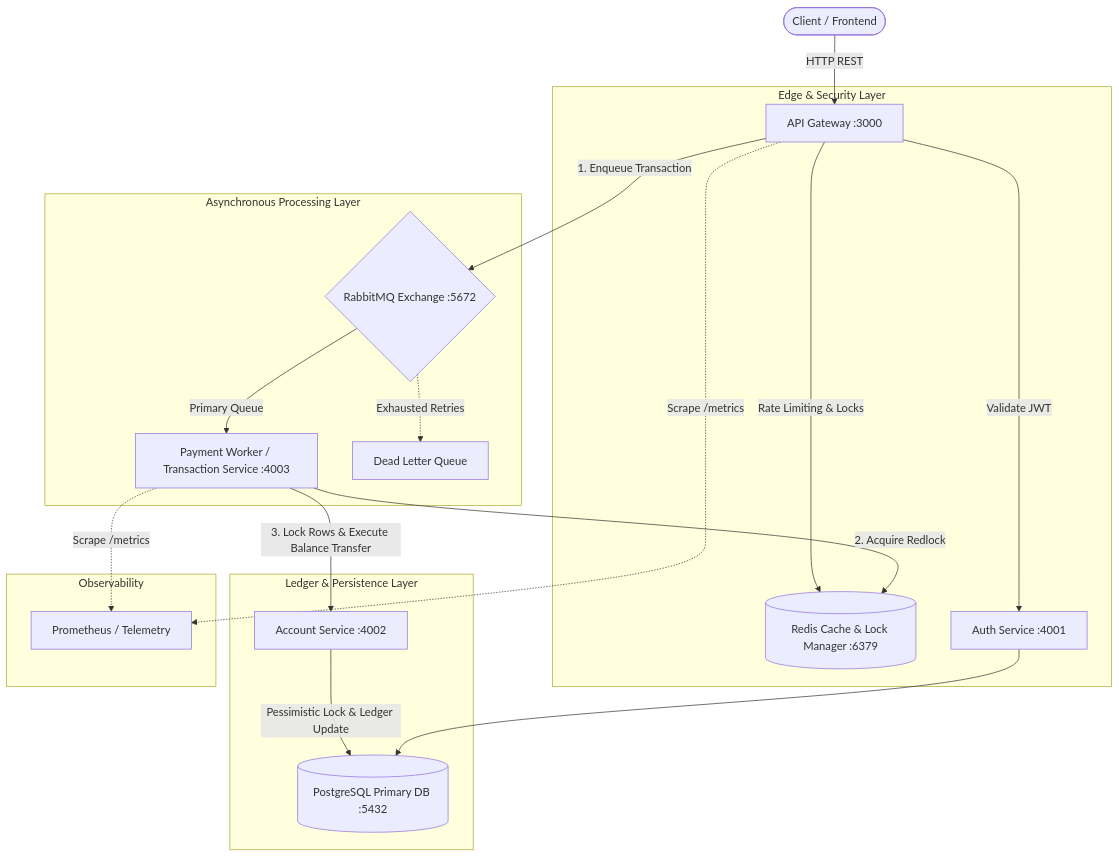
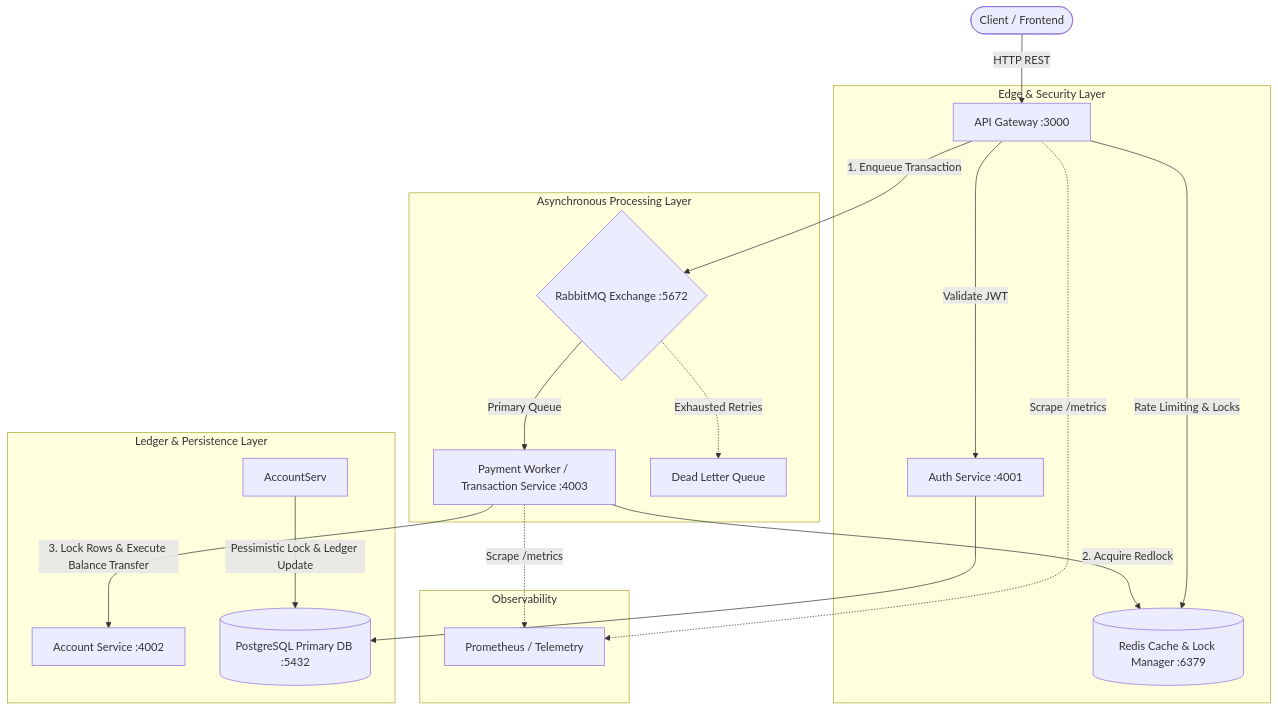
One commit to dineshkumarsrdk/distributed-payment-engine changed the first of 2 diagrams in architecture.md. Above: the diagram before and after it, drawn with Mermaid.

Commit message:
Add architecture details for reference

````diff
--- a/architecture.md
+++ b/architecture.md
@@ -24,28 +24,28 @@
 ```mermaid
 flowchart TD
     Client([Client / Frontend]) -->|HTTP REST| Gateway[API Gateway :3000]
 
     subgraph Edge & Security Layer
         Gateway -->|Rate Limiting & Locks| Redis[(Redis Cache & Lock Manager :6379)]
         Gateway -->|Validate JWT| AuthServ[Auth Service :4001]
     end
 
     subgraph Asynchronous Processing Layer
         Gateway -->|1. Enqueue Transaction| RabbitMQ{RabbitMQ Exchange :5672}
         RabbitMQ -->|Primary Queue| PaymentWorker[Payment Worker / Transaction Service :4003]
         RabbitMQ -.->|Exhausted Retries| DLQ[Dead Letter Queue]
     end
 
     subgraph Ledger & Persistence Layer
         PaymentWorker -->|2. Acquire Redlock| Redis
-        PaymentWorker -->|3. Lock Rows & Execute Balance Transfer| AccountServ[Account Service :4002]
+        PaymentWorker -->|3. Lock Rows & Execute Balance Transfer| AccountService[Account Service :4002]
         AccountServ -->|Pessimistic Lock & Ledger Update| Postgres[(PostgreSQL Primary DB :5432)]
         AuthServ --> Postgres
     end
 
     subgraph Observability
         Gateway -.->|Scrape /metrics| Prometheus[Prometheus / Telemetry]
         PaymentWorker -.->|Scrape /metrics| Prometheus
     end
 
 ```
````
